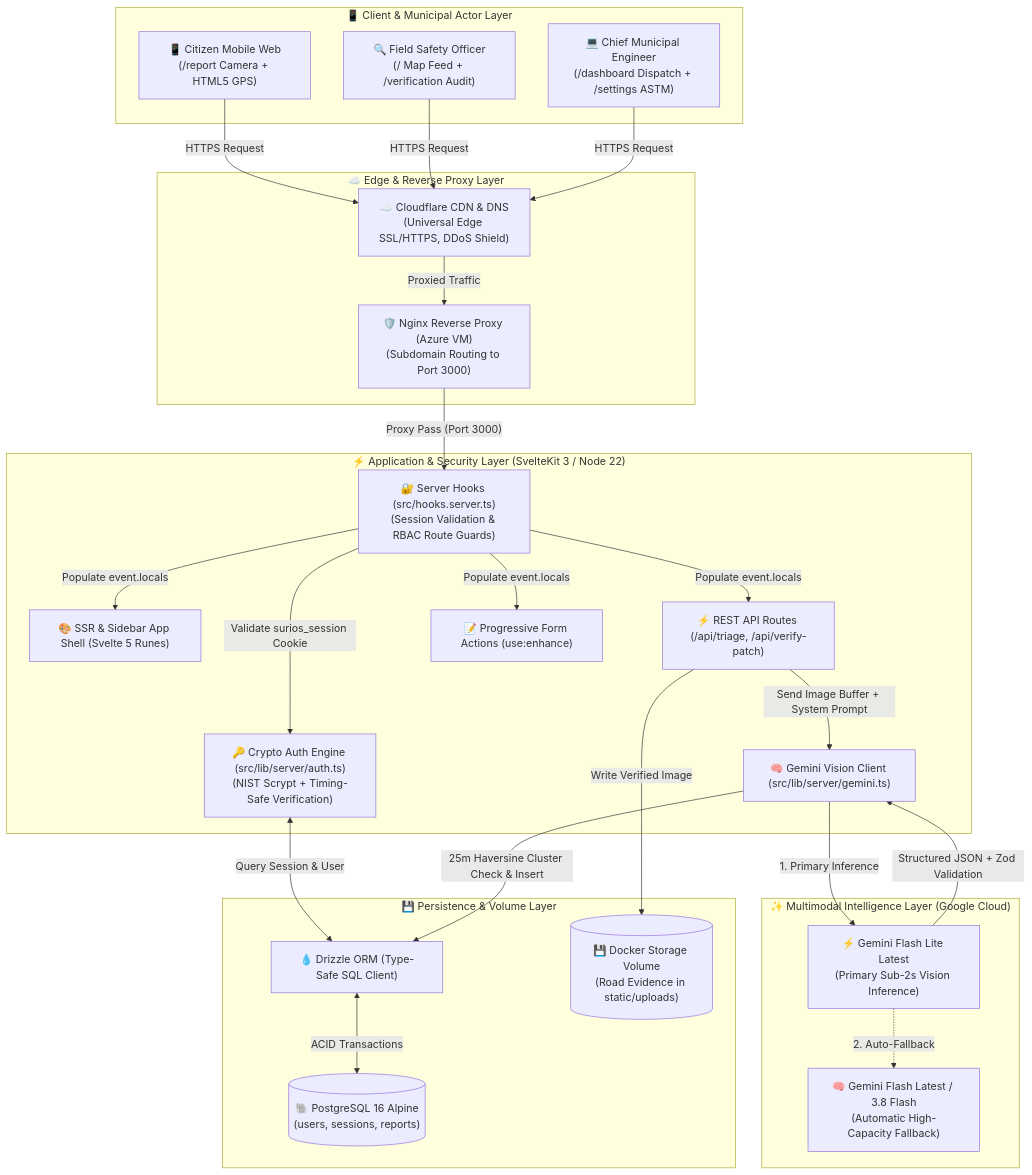
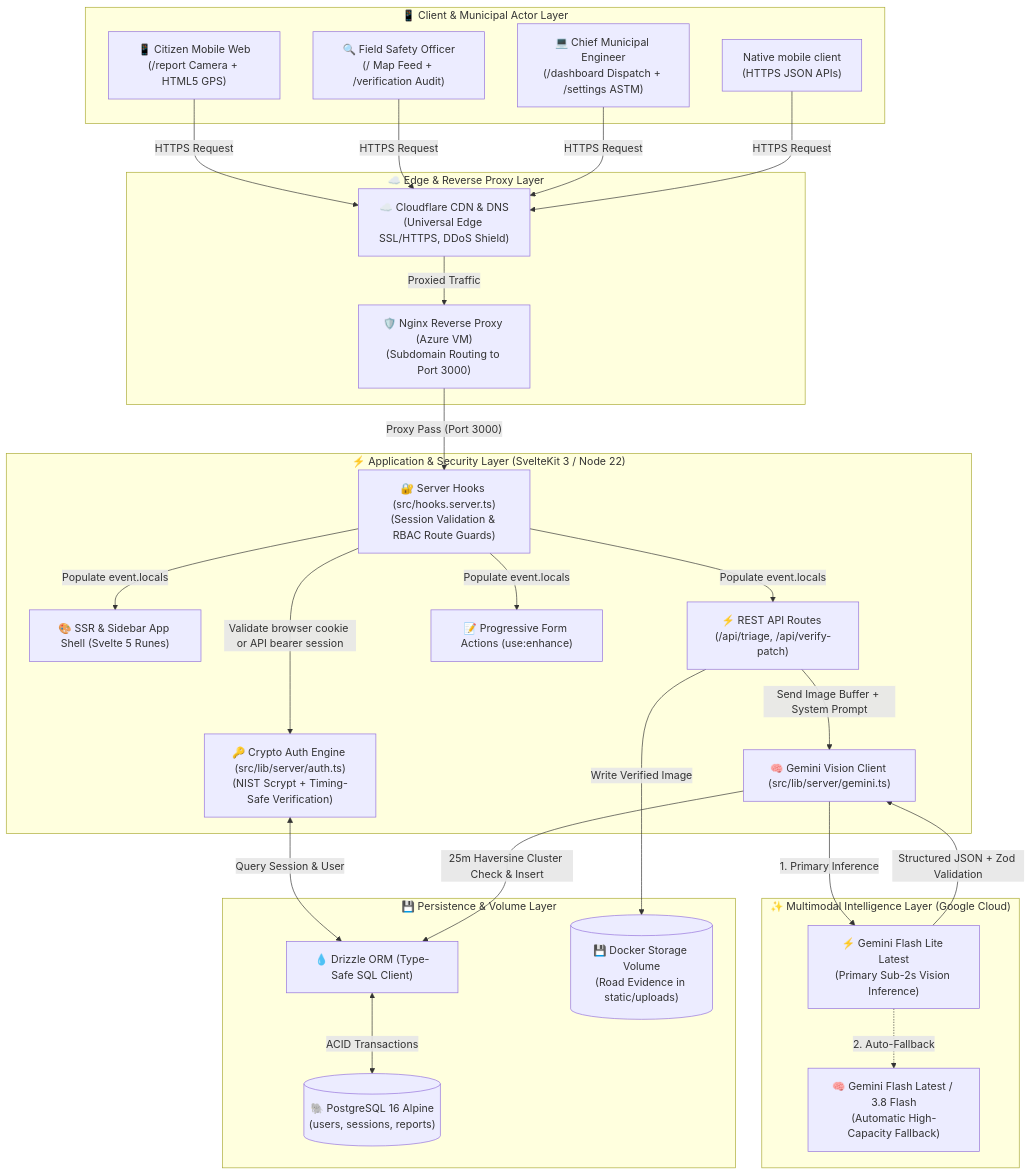
One commit to Auvryy/surios-ai changed the first of 3 diagrams in docs/ARCHITECTURE.md. Above: the diagram before and after it, drawn with Mermaid. The commit also changed other lines of this file and 3 other files, not shown here.

Commit message:
docs: document mobile API contracts and Azure setup

````diff
--- a/docs/ARCHITECTURE.md
+++ b/docs/ARCHITECTURE.md
@@ -9,49 +28,50 @@
 ```mermaid
 flowchart TD
     subgraph Clients["📱 Client & Municipal Actor Layer"]
         Citizen["📱 Citizen Mobile Web<br/>(/report Camera + HTML5 GPS)"]
         Inspector["🔍 Field Safety Officer<br/>(/ Map Feed + /verification Audit)"]
         Engineer["💻 Chief Municipal Engineer<br/>(/dashboard Dispatch + /settings ASTM)"]
+        Native["Native mobile client<br/>(HTTPS JSON APIs)"]
     end
 
     subgraph Edge["☁️ Edge & Reverse Proxy Layer"]
         CF["☁️ Cloudflare CDN & DNS<br/>(Universal Edge SSL/HTTPS, DDoS Shield)"]
         Nginx["🛡️ Nginx Reverse Proxy (Azure VM)<br/>(Subdomain Routing to Port 3000)"]
     end
 
     subgraph AppServer["⚡ Application & Security Layer (SvelteKit 3 / Node 22)"]
         Hooks["🔐 Server Hooks (src/hooks.server.ts)<br/>(Session Validation & RBAC Route Guards)"]
         AuthEngine["🔑 Crypto Auth Engine (src/lib/server/auth.ts)<br/>(NIST Scrypt + Timing-Safe Verification)"]
         SSR["🎨 SSR & Sidebar App Shell (Svelte 5 Runes)"]
         API["⚡ REST API Routes (/api/triage, /api/verify-patch)"]
         FormAction["📝 Progressive Form Actions (use:enhance)"]
         TriageEngine["🧠 Gemini Vision Client (src/lib/server/gemini.ts)"]
     end
 
     subgraph ExternalAI["✨ Multimodal Intelligence Layer (Google Cloud)"]
         GeminiLite["⚡ Gemini Flash Lite Latest<br/>(Primary Sub-2s Vision Inference)"]
         GeminiFlash["🧠 Gemini Flash Latest / 3.8 Flash<br/>(Automatic High-Capacity Fallback)"]
     end
 
     subgraph StorageLayer["💾 Persistence & Volume Layer"]
         Drizzle["💧 Drizzle ORM (Type-Safe SQL Client)"]
         Postgres[("🐘 PostgreSQL 16 Alpine<br/>(users, sessions, reports)")]
         LocalDisk[("💾 Docker Storage Volume<br/>(Road Evidence in static/uploads)")]
     end
 
-    Citizen & Inspector & Engineer -->|"HTTPS Request"| CF
+    Citizen & Inspector & Engineer & Native -->|"HTTPS Request"| CF
     CF -->|"Proxied Traffic"| Nginx
     Nginx -->|"Proxy Pass (Port 3000)"| Hooks
 
-    Hooks -->|"Validate surios_session Cookie"| AuthEngine
+    Hooks -->|"Validate browser cookie or API bearer session"| AuthEngine
     AuthEngine <-->|"Query Session & User"| Drizzle
     Hooks -->|"Populate event.locals"| SSR & API & FormAction
 
     API -->|"Write Verified Image"| LocalDisk
     API -->|"Send Image Buffer + System Prompt"| TriageEngine
     TriageEngine -->|"1. Primary Inference"| GeminiLite
     GeminiLite -.->|"2. Auto-Fallback"| GeminiFlash
     GeminiLite -->|"Structured JSON + Zod Validation"| TriageEngine
     TriageEngine -->|"25m Haversine Cluster Check & Insert"| Drizzle
     Drizzle <-->|"ACID Transactions"| Postgres
 ```
````
